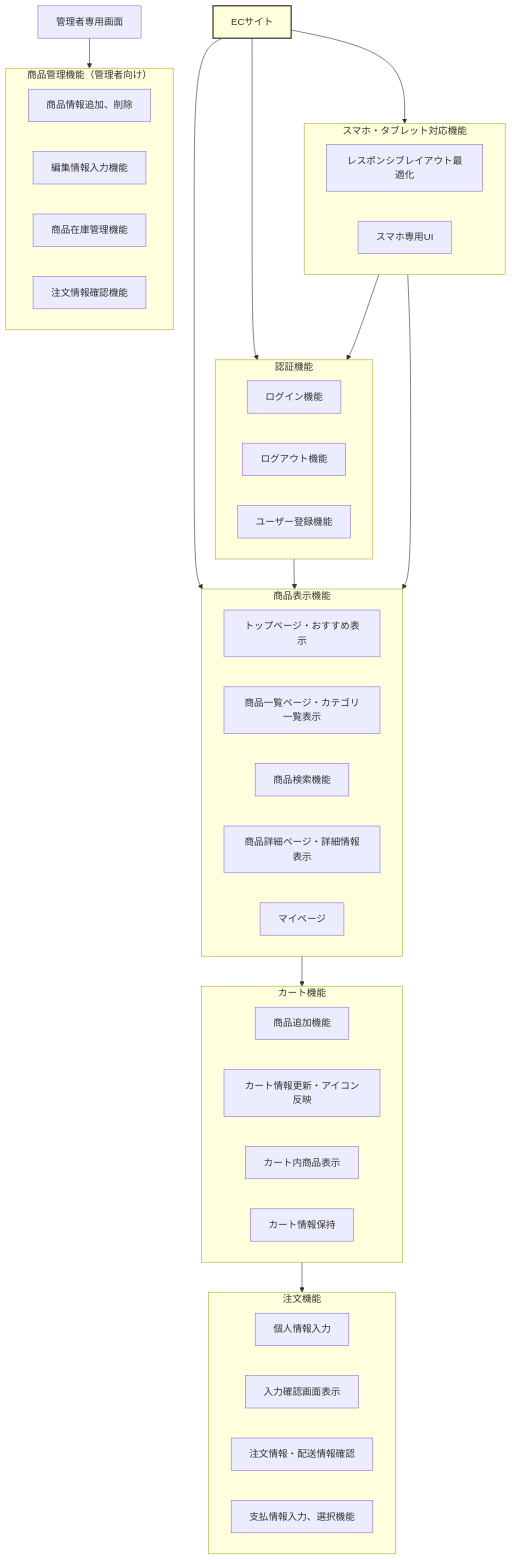
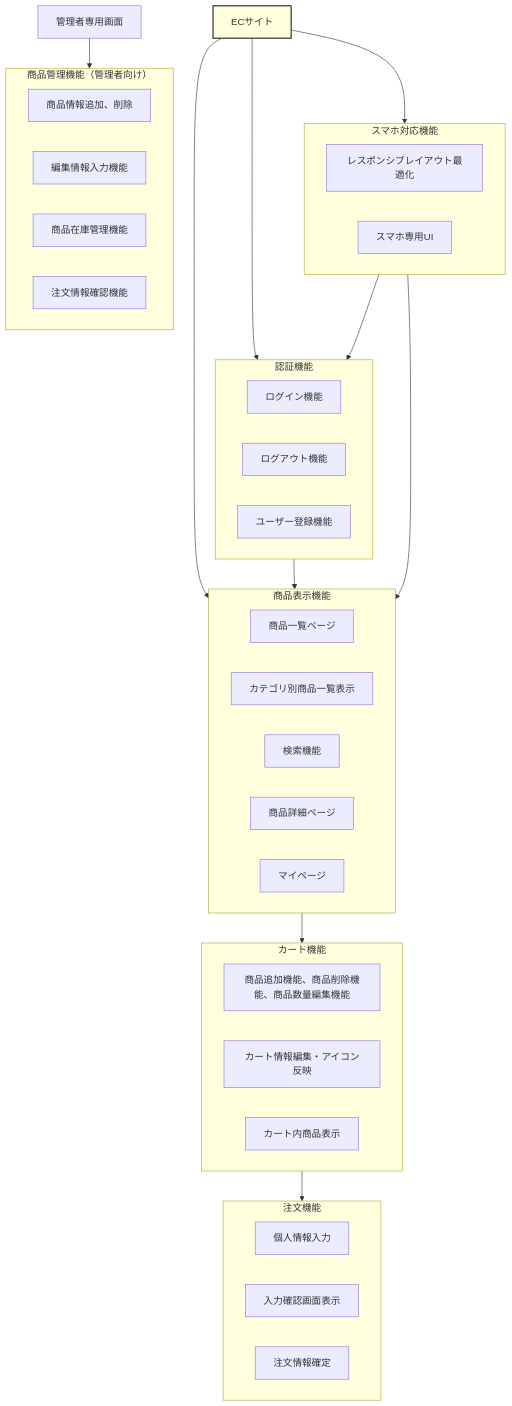
The first of 3 diagrams in 基本設計/B.md (YUKlT0/Equipe), drawn with Mermaid before and after one commit. The commit also changed other lines of this file, not shown here.

```diff
--- a/基本設計/B.md
+++ b/基本設計/B.md
@@ -31,60 +30,58 @@
 <div class="mermaid">
 graph TD
     A[ECサイト] --> B(認証機能)
     A --> C(商品表示機能)
     A --> F(スマホ対応機能)
     
 
     subgraph B[認証機能]
         B1[ログイン機能]
         B2[ログアウト機能]
         B3[ユーザー登録機能]
      end
 
     subgraph C[商品表示機能]
-        C1[トップページ・おすすめ表示]
-        C2[商品一覧ページ・カテゴリ一覧表示]
-        C3[商品検索機能]
-        C4[商品詳細ページ・詳細情報表示]
-        C5[マイページ]
+        C2[商品一覧ページ]
+        C3[カテゴリ別商品一覧表示]
+        C4[検索機能]
+        C5[商品詳細ページ]
+        C6[マイページ]
     end
 
     subgraph D[カート機能]
-        D1[商品追加機能]
-        D2[カート情報更新・アイコン反映]
+        D1[商品追加機能、商品削除機能、商品数量編集機能]
+        D2[カート情報編集・アイコン反映]
         D3[カート内商品表示]
-        D4[カート情報保持]
     end
 
     subgraph E[注文機能]
         E1[個人情報入力]
         E2[入力確認画面表示]
-        E3[注文情報・配送情報確認]
-        E4[支払情報入力、選択機能]
+        E3[注文情報確定]
     end
 
-    subgraph F[スマホ・タブレット対応機能]
+    subgraph F[スマホ対応機能]
         F1[レスポンシブレイアウト最適化]
         F2[スマホ専用UI]
     end
 
      %% 管理者機能を明示的に右下へ分離
     Z[管理者専用画面] --> G
 
     subgraph G[商品管理機能（管理者向け）]
         G1[商品情報追加、削除]
         G2[編集情報入力機能]
         G3[商品在庫管理機能]
         G4[注文情報確認機能]
 
     end
 
     B --> C
     C --> D
     D --> E
     F --> B
     F --> C
     
 
     style A fill:#ffd,stroke:#333,stroke-width:2px
 </div>
```
